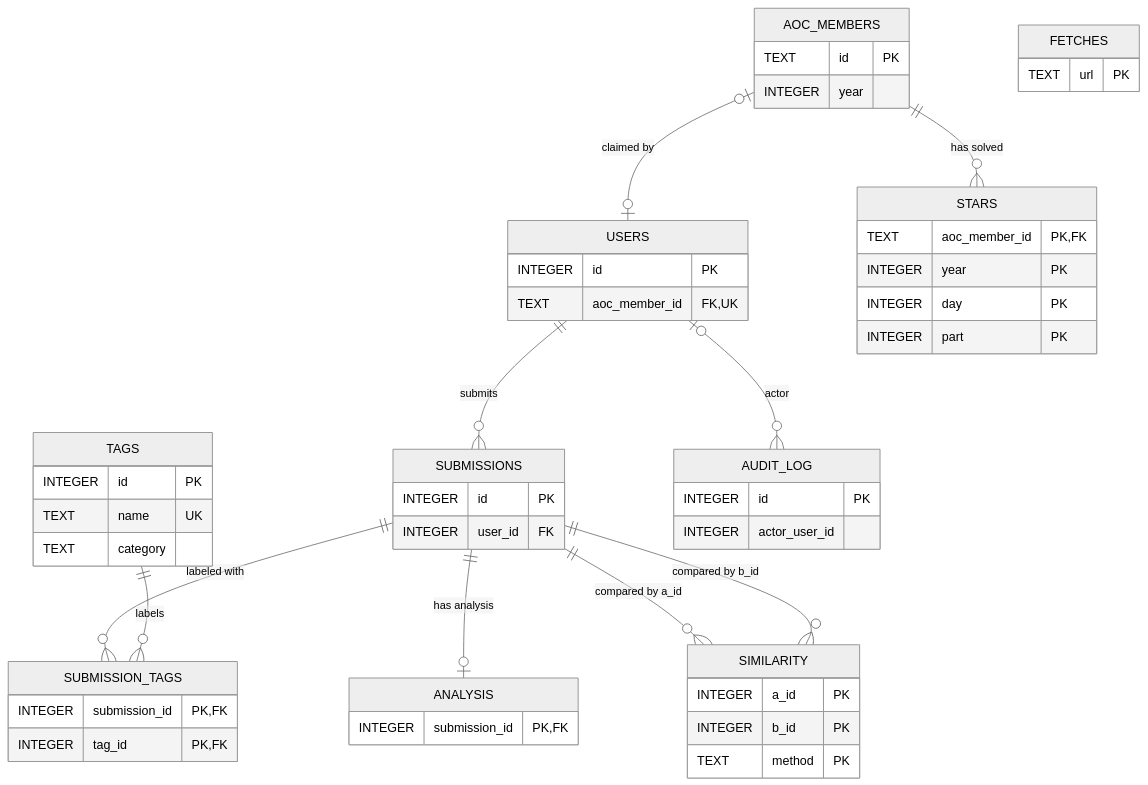
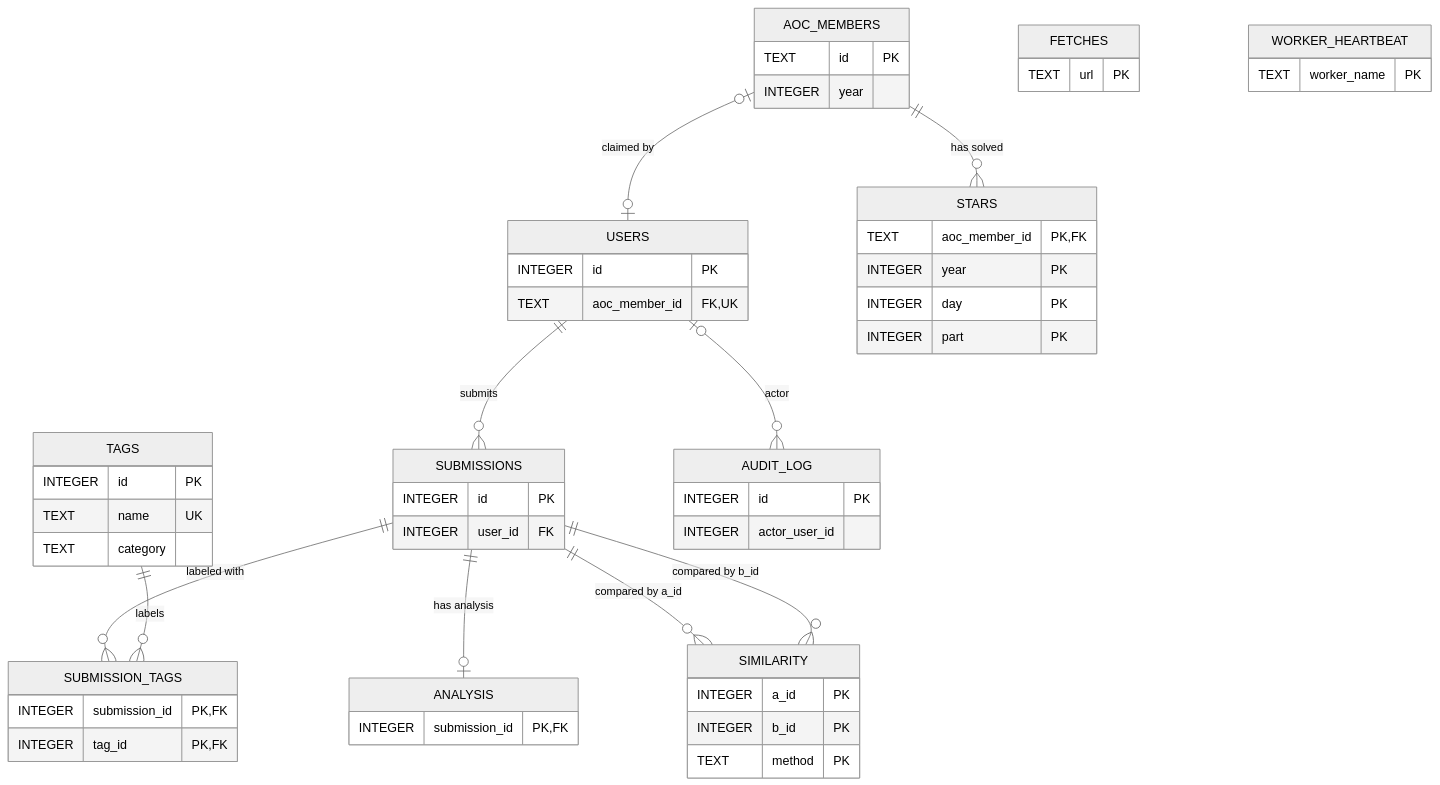
The diagram in docs/PLAN.md (ryanbthomas/aocPrivateBoard), drawn with Mermaid (neutral theme) before and after one commit. The commit also changed other lines of this file and 8 other files, not shown here.

````diff
--- a/docs/PLAN.md
+++ b/docs/PLAN.md
@@ -244,55 +254,58 @@
 ```mermaid
 erDiagram
     AOC_MEMBERS {
         TEXT id PK
         INTEGER year
     }
     USERS {
         INTEGER id PK
         TEXT aoc_member_id FK,UK
     }
     STARS {
         TEXT aoc_member_id PK,FK
         INTEGER year PK
         INTEGER day PK
         INTEGER part PK
     }
     SUBMISSIONS {
         INTEGER id PK
         INTEGER user_id FK
     }
     TAGS {
         INTEGER id PK
         TEXT name UK
         TEXT category
     }
     SUBMISSION_TAGS {
         INTEGER submission_id PK,FK
         INTEGER tag_id PK,FK
     }
     ANALYSIS {
         INTEGER submission_id PK,FK
     }
     SIMILARITY {
         INTEGER a_id PK
         INTEGER b_id PK
         TEXT method PK
     }
     FETCHES {
         TEXT url PK
     }
     AUDIT_LOG {
         INTEGER id PK
         INTEGER actor_user_id
     }
+    WORKER_HEARTBEAT {
+        TEXT worker_name PK
+    }
 
     AOC_MEMBERS o|--o| USERS : "claimed by"
     AOC_MEMBERS ||--o{ STARS : "has solved"
     USERS ||--o{ SUBMISSIONS : "submits"
     SUBMISSIONS ||--o{ SUBMISSION_TAGS : "labeled with"
     TAGS ||--o{ SUBMISSION_TAGS : "labels"
     SUBMISSIONS ||--o| ANALYSIS : "has analysis"
     SUBMISSIONS ||--o{ SIMILARITY : "compared by a_id"
     SUBMISSIONS ||--o{ SIMILARITY : "compared by b_id"
     USERS o|--o{ AUDIT_LOG : "actor"
 ```
````
